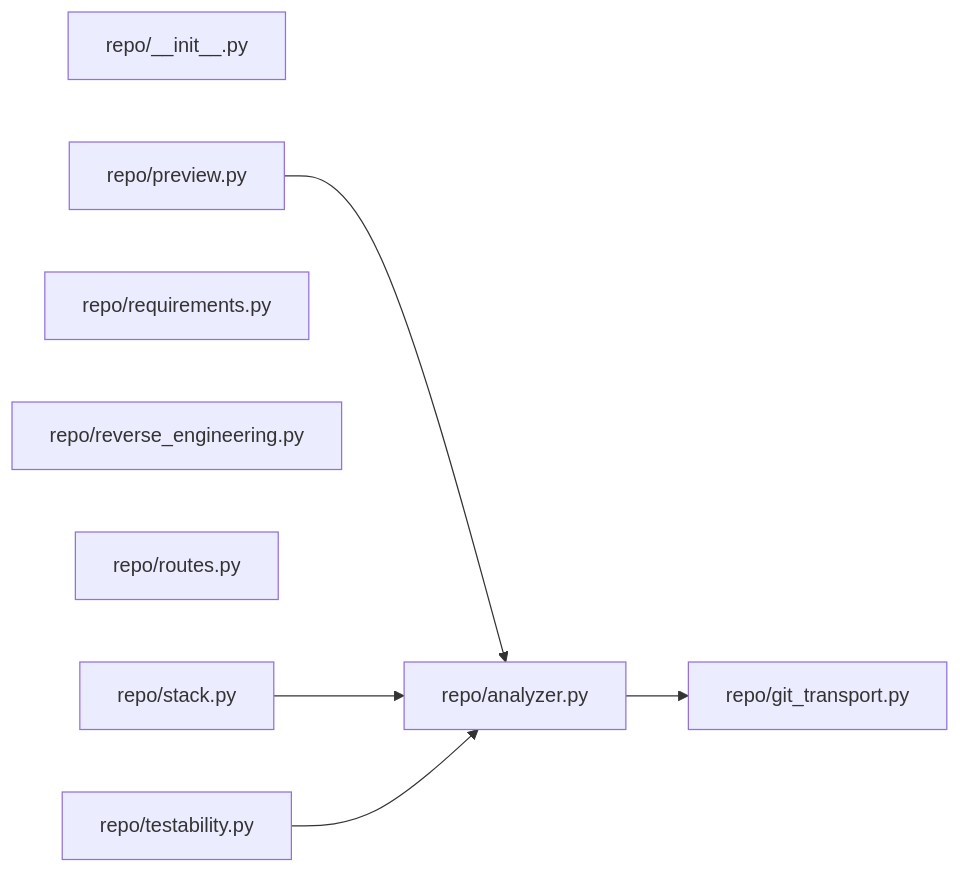
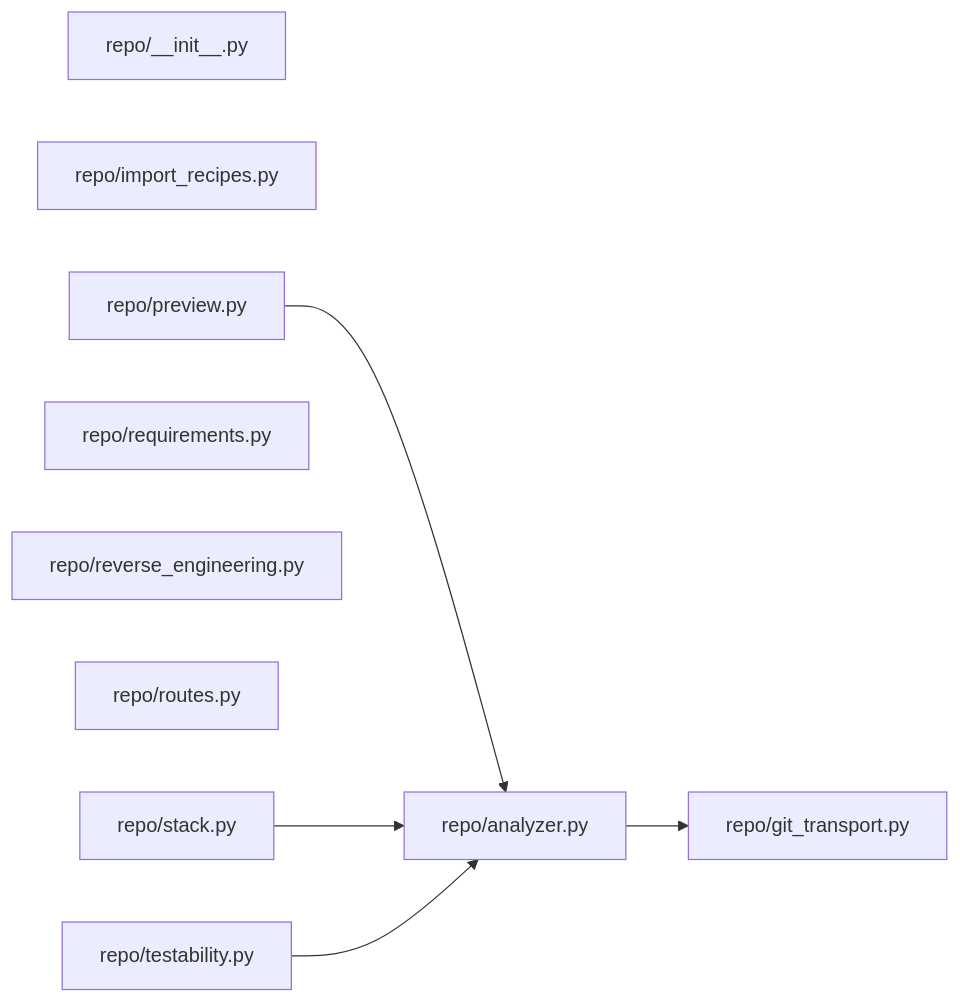
Diagram 15 of 21 in docs/ARCHITECTURE_MAP.md (sarveshtalele/maf-harness-testing), drawn with Mermaid before and after one commit. The commit also changed other lines of this file, not shown here.

Commit message:
docs: regenerate architecture map after merges

````diff
--- a/docs/ARCHITECTURE_MAP.md
+++ b/docs/ARCHITECTURE_MAP.md
@@ -367,16 +369,17 @@
 ```mermaid
 flowchart LR
   f0["repo/__init__.py"]
   f1["repo/analyzer.py"]
   f2["repo/git_transport.py"]
-  f3["repo/preview.py"]
-  f4["repo/requirements.py"]
-  f5["repo/reverse_engineering.py"]
-  f6["repo/routes.py"]
-  f7["repo/stack.py"]
-  f8["repo/testability.py"]
+  f3["repo/import_recipes.py"]
+  f4["repo/preview.py"]
+  f5["repo/requirements.py"]
+  f6["repo/reverse_engineering.py"]
+  f7["repo/routes.py"]
+  f8["repo/stack.py"]
+  f9["repo/testability.py"]
   f1 --> f2
-  f3 --> f1
-  f7 --> f1
+  f4 --> f1
   f8 --> f1
+  f9 --> f1
 ```
````
